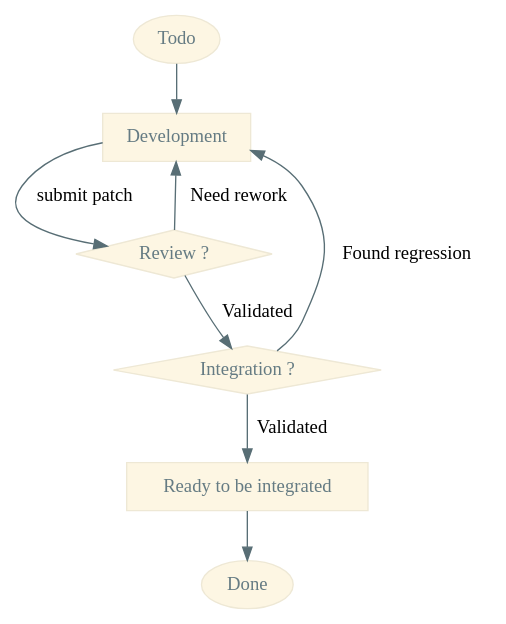
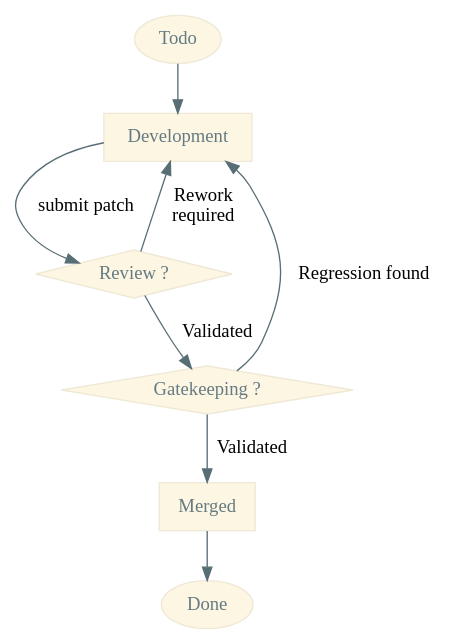
One commit to Makohoek/internship-report changed the diagram in report/src/img/workflow/workflow.dot. Above: the diagram before and after it, drawn with Graphviz. The commit also changed 4 other files, not shown here.

```diff
--- a/report/src/img/workflow/workflow.dot
+++ b/report/src/img/workflow/workflow.dot
@@ -1,56 +1,56 @@
 /**
  * Workflow diagram with solarized light colorscheme
  * Example found on http://fsteeg.com/2006/11/17/uml-class-diagrams-with-graphviz/
  *
  * Colors added by Mattijs Korpershoek
  * <mattijs.korpershoek@gmail.com>
  */
 
 /*
  * Solarized colorscheme:
  * $base03:    #002b36;
  * $base02:    #073642;
  * $base01:    #586e75;
  * $base00:    #657b83;
  * $base0:     #839496;
  * $base1:     #93a1a1;
  * $base2:     #eee8d5;
  * $base3:     #fdf6e3;
  * $yellow:    #b58900;
  * $orange:    #cb4b16;
  * $red:       #dc322f;
  * $magenta:   #d33682;
  * $violet:    #6c71c4;
  * $blue:      #268bd2;
  * $cyan:      #2aa198;
  * $green:     #859900;
  * */
 digraph hierarchy
 {
   size="15,15"
     node[shape=record,style=filled,fillcolor="#fdf6e3", fontcolor="#657b83", color="#eee8d5"]
     edge[dir=forward, arrowtail=open, color="#586e75"]
 
 start [shape=ellipse, label="Todo"];
 end [shape=ellipse, label="Done"];
 
 dev [label="Development"];
-integrated [label="Ready to be integrated"];
+integrated [label="Merged"];
 
 start -> dev
 
 dev -> review [label="submit patch"];
 
 review [shape=diamond, label="Review ?"];
 
-review -> dev [label="Need rework"];
+review -> dev [label="Rework\nrequired"];
 review -> preint [label="Validated"];
 
-preint [shape=diamond, label="Integration ?"]
+preint [shape=diamond, label="Gatekeeping ?"]
 
-preint -> dev [label="Found regression"];
+preint -> dev [label="Regression found"];
 preint -> integrated [label="Validated"];
 
 integrated -> end
 
 }
```
